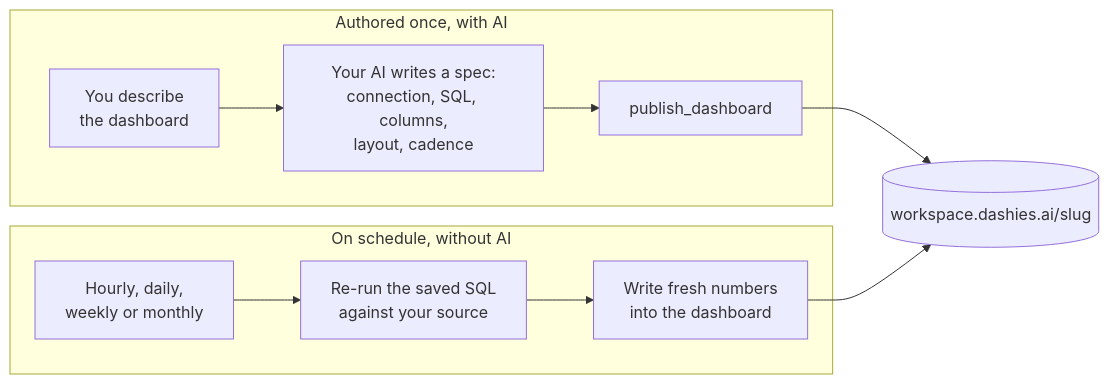
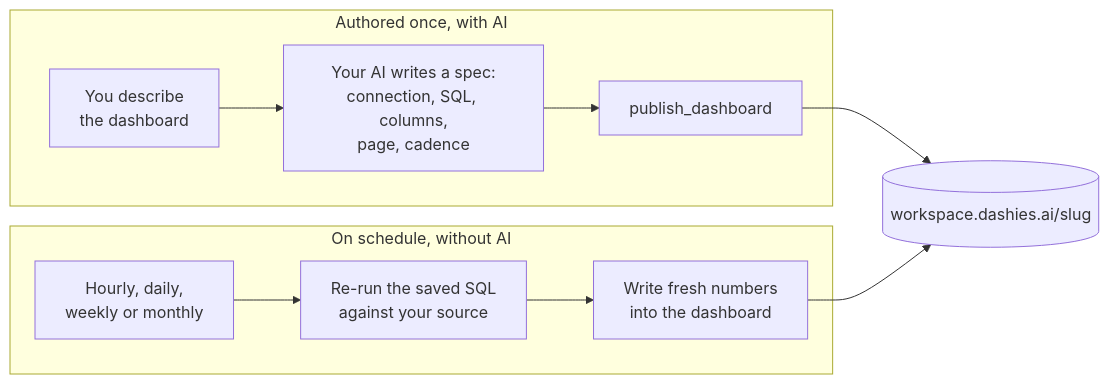
One commit to Dashies-ai/dashies-plugin changed the diagram in README.md. Above: the diagram before and after it, drawn with Mermaid. The commit also changed other lines of this file and 16 other files, not shown here.

````diff
--- a/README.md
+++ b/README.md
@@ -111,13 +111,13 @@
 ```mermaid
 flowchart LR
   subgraph once["Authored once, with AI"]
-    A["You describe<br/>the dashboard"] --> B["Your AI writes a spec:<br/>connection, SQL, columns,<br/>layout, cadence"]
+    A["You describe<br/>the dashboard"] --> B["Your AI writes a spec:<br/>connection, SQL, columns,<br/>page, cadence"]
     B --> C["publish_dashboard"]
   end
   C --> D[("workspace.dashies.ai/slug")]
   subgraph loop["On schedule, without AI"]
     E["Hourly, daily,<br/>weekly or monthly"] --> F["Re-run the saved SQL<br/>against your source"]
     F --> G["Write fresh numbers<br/>into the dashboard"]
   end
   G --> D
 ```
````
